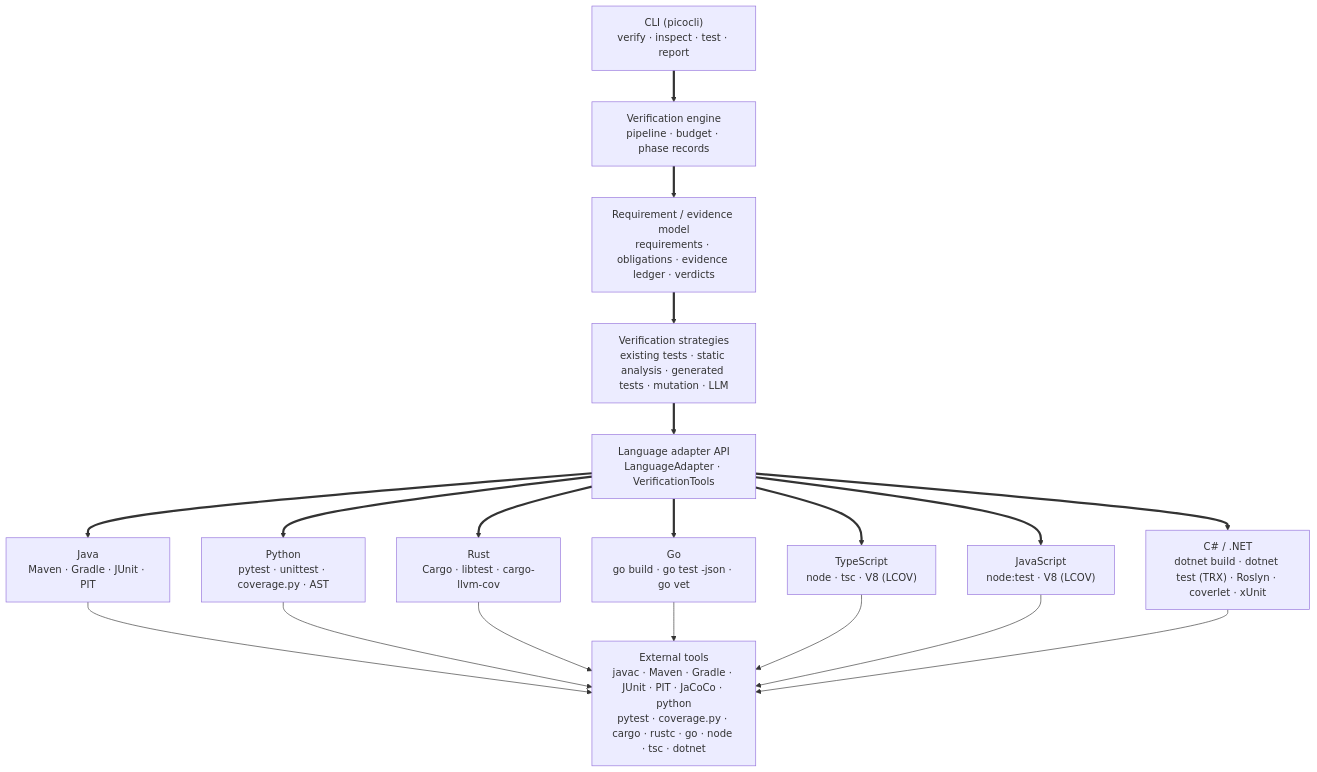
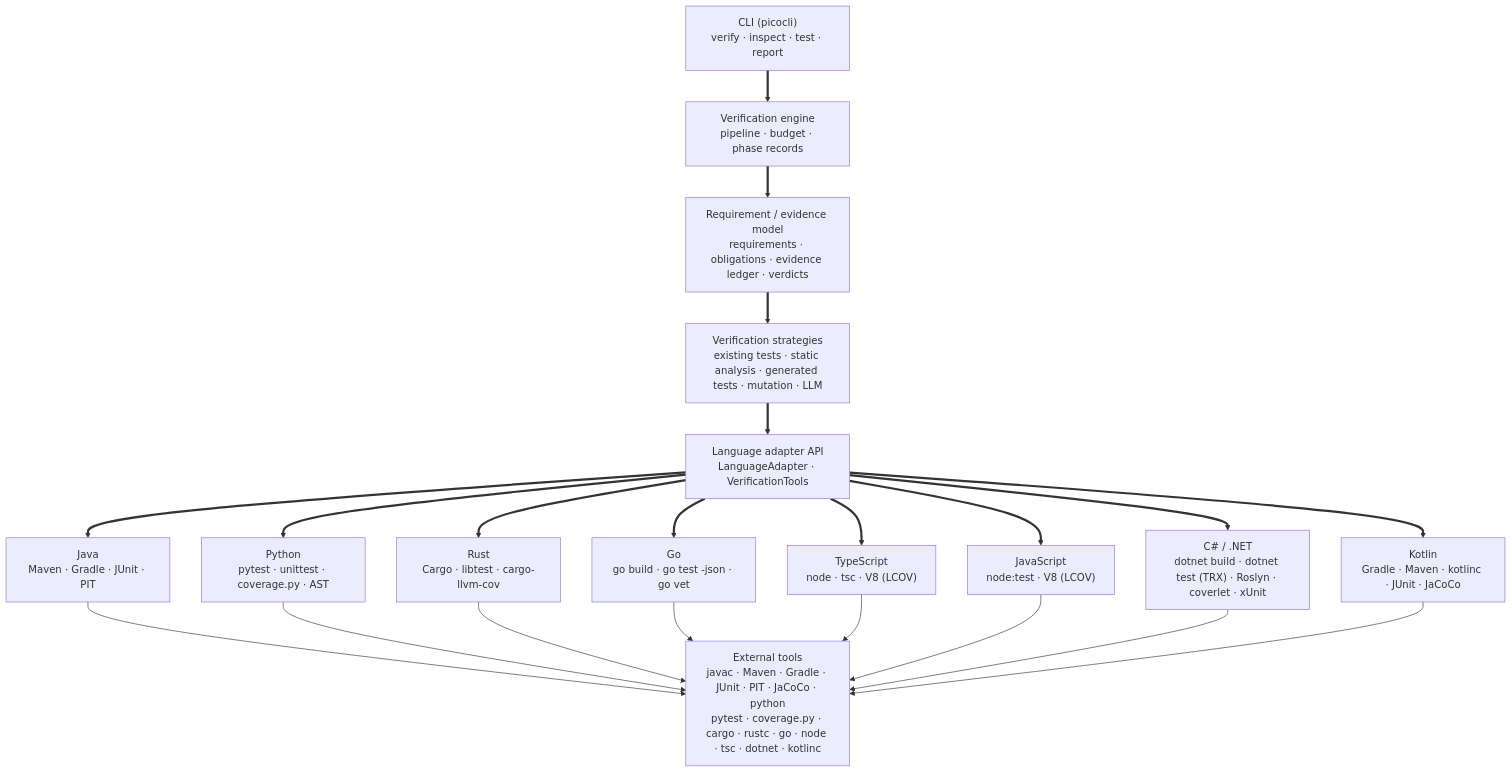
One commit to thread3d/codewitness changed the diagram in ARCHITECTURE.md. Above: the diagram before and after it, drawn with Mermaid. The commit also changed other lines of this file and 66 other files, not shown here.

````diff
--- a/ARCHITECTURE.md
+++ b/ARCHITECTURE.md
@@ -37,34 +37,37 @@
 ```mermaid
 flowchart TD
     CLI["CLI (picocli)<br/>verify · inspect · test · report"]
     ENGINE["Verification engine<br/>pipeline · budget · phase records"]
     MODEL["Requirement / evidence model<br/>requirements · obligations · evidence ledger · verdicts"]
     STRATEGIES["Verification strategies<br/>existing tests · static analysis · generated tests · mutation · LLM"]
     SPI["Language adapter API<br/>LanguageAdapter · VerificationTools"]
 
     JAVA["Java<br/>Maven · Gradle · JUnit · PIT"]
     PYTHON["Python<br/>pytest · unittest · coverage.py · AST"]
     RUST["Rust<br/>Cargo · libtest · cargo-llvm-cov"]
     GO["Go<br/>go build · go test -json · go vet"]
     TS["TypeScript<br/>node · tsc · V8 (LCOV)"]
     JS["JavaScript<br/>node:test · V8 (LCOV)"]
     CSHARP["C# / .NET<br/>dotnet build · dotnet test (TRX) · Roslyn · coverlet · xUnit"]
+    KOTLIN["Kotlin<br/>Gradle · Maven · kotlinc · JUnit · JaCoCo"]
 
-    TOOLS["External tools<br/>javac · Maven · Gradle · JUnit · PIT · JaCoCo · python<br/>pytest · coverage.py · cargo · rustc · go · node · tsc · dotnet"]
+    TOOLS["External tools<br/>javac · Maven · Gradle · JUnit · PIT · JaCoCo · python<br/>pytest · coverage.py · cargo · rustc · go · node · tsc · dotnet · kotlinc"]
 
     CLI ==> ENGINE ==> MODEL ==> STRATEGIES ==> SPI
     SPI ==> JAVA
     SPI ==> PYTHON
     SPI ==> RUST
     SPI ==> GO
     SPI ==> TS
     SPI ==> JS
     SPI ==> CSHARP
+    SPI ==> KOTLIN
     JAVA --> TOOLS
     PYTHON --> TOOLS
     RUST --> TOOLS
     GO --> TOOLS
     TS --> TOOLS
     JS --> TOOLS
     CSHARP --> TOOLS
+    KOTLIN --> TOOLS
 ```
````
